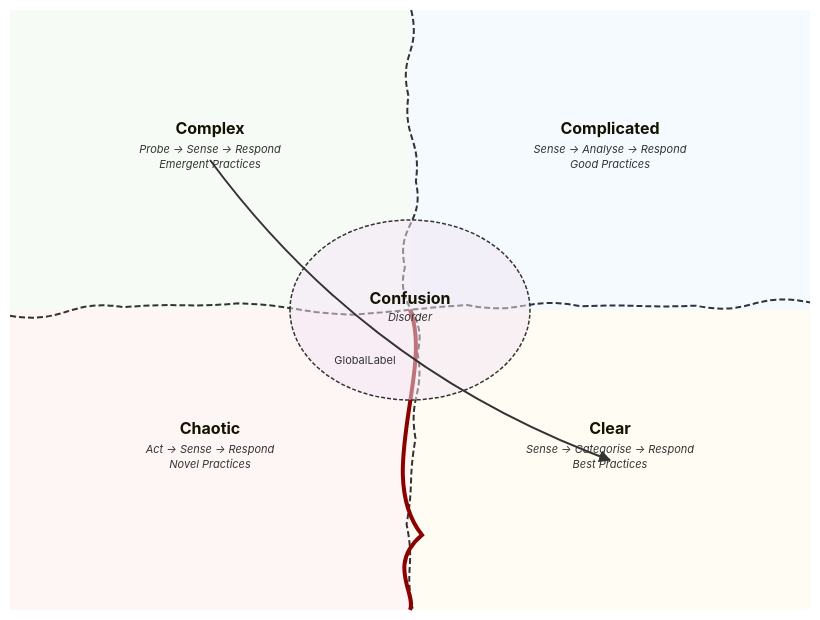
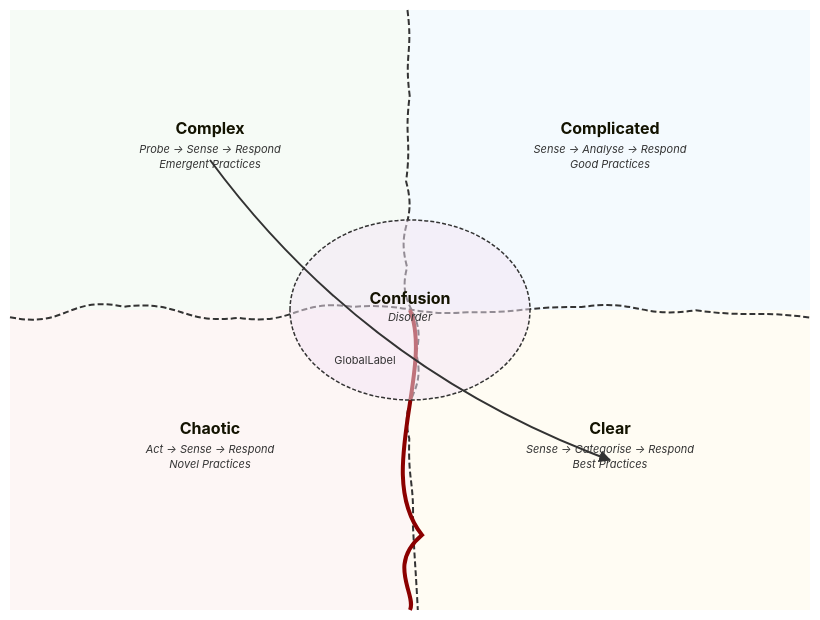
Diagram 19 of 28 in packages/prettier-plugin-mmd/docs/cynefin.ja.md (mmd-toolkit/mmd-toolkit), drawn with Mermaid before and after one commit. The commit also changed other lines of this file and 805 other files, not shown here.

````diff
--- a/packages/prettier-plugin-mmd/docs/cynefin.ja.md
+++ b/packages/prettier-plugin-mmd/docs/cynefin.ja.md
@@ -811,4 +811,4 @@
 ```mmd
 cynefin-beta
-  complex %%{wrap}%%--> %%{wrap}%%clear %%{wrap}%%: %%{wrap}%%'GlobalLabel'
+  complex %%{wrap}%%--> %%{wrap}%%clear %%{wrap}%%: %%{wrap}%%"GlobalLabel"
 ```
````
